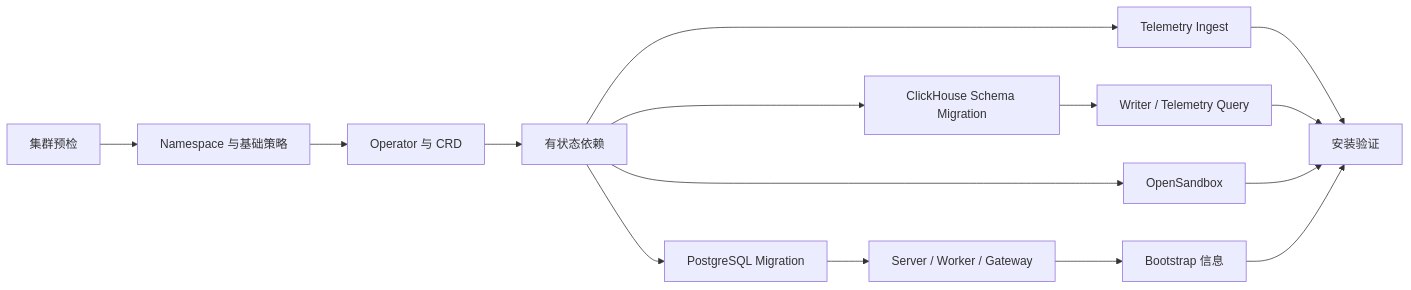
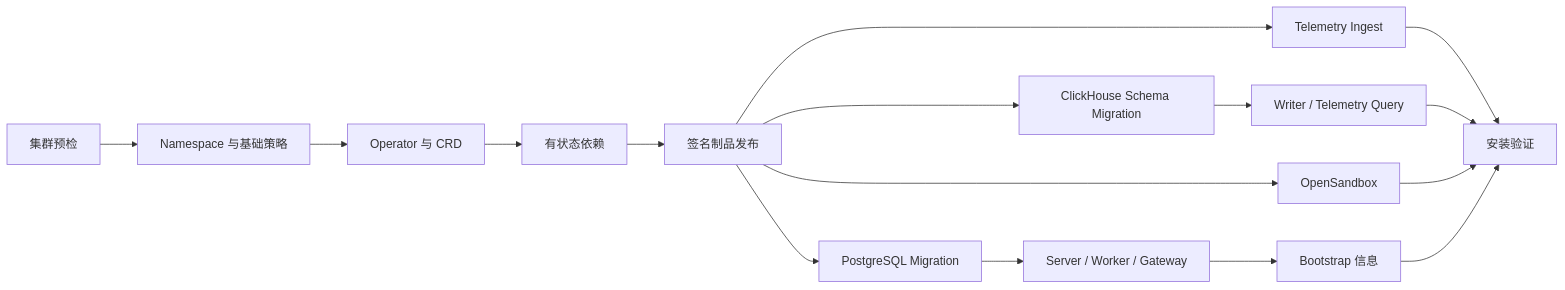
Before and after one commit to kakj-go/Argus: the second of 2 diagrams in docs/10-service-components-and-kubernetes-deployment.md, drawn with Mermaid. The commit also changed other lines of this file and 441 other files, not shown here.

````diff
--- a/docs/10-service-components-and-kubernetes-deployment.md
+++ b/docs/10-service-components-and-kubernetes-deployment.md
@@ -176,17 +176,18 @@
 ```mermaid
 flowchart LR
     P["集群预检"] --> N["Namespace 与基础策略"]
     N --> O["Operator 与 CRD"]
     O --> D["有状态依赖"]
-    D --> S["OpenSandbox"]
-    D --> PM["PostgreSQL Migration"]
-    D --> CM["ClickHouse Schema Migration"]
-    D --> I["Telemetry Ingest"]
+    D --> R["签名制品发布"]
+    R --> S["OpenSandbox"]
+    R --> PM["PostgreSQL Migration"]
+    R --> CM["ClickHouse Schema Migration"]
+    R --> I["Telemetry Ingest"]
     PM --> A["Server / Worker / Gateway"]
     CM --> W["Writer / Telemetry Query"]
     A --> B["Bootstrap 信息"]
     I --> V["安装验证"]
     W --> V
     S --> V
     B --> V
 ```
````
